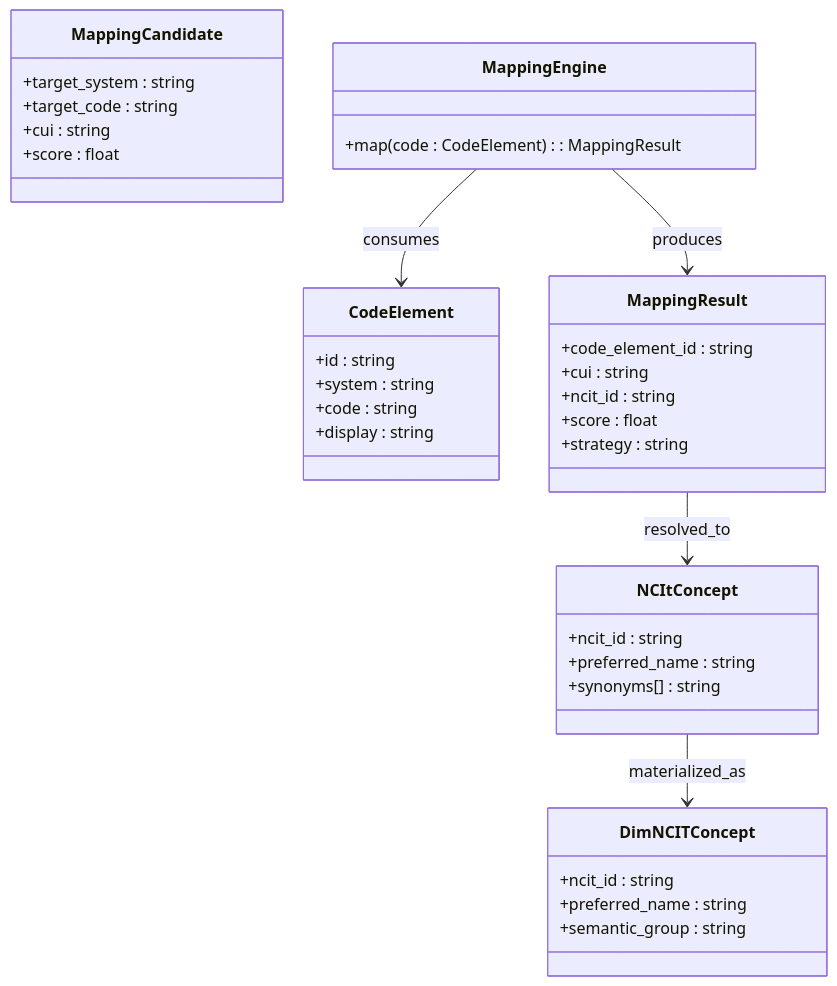
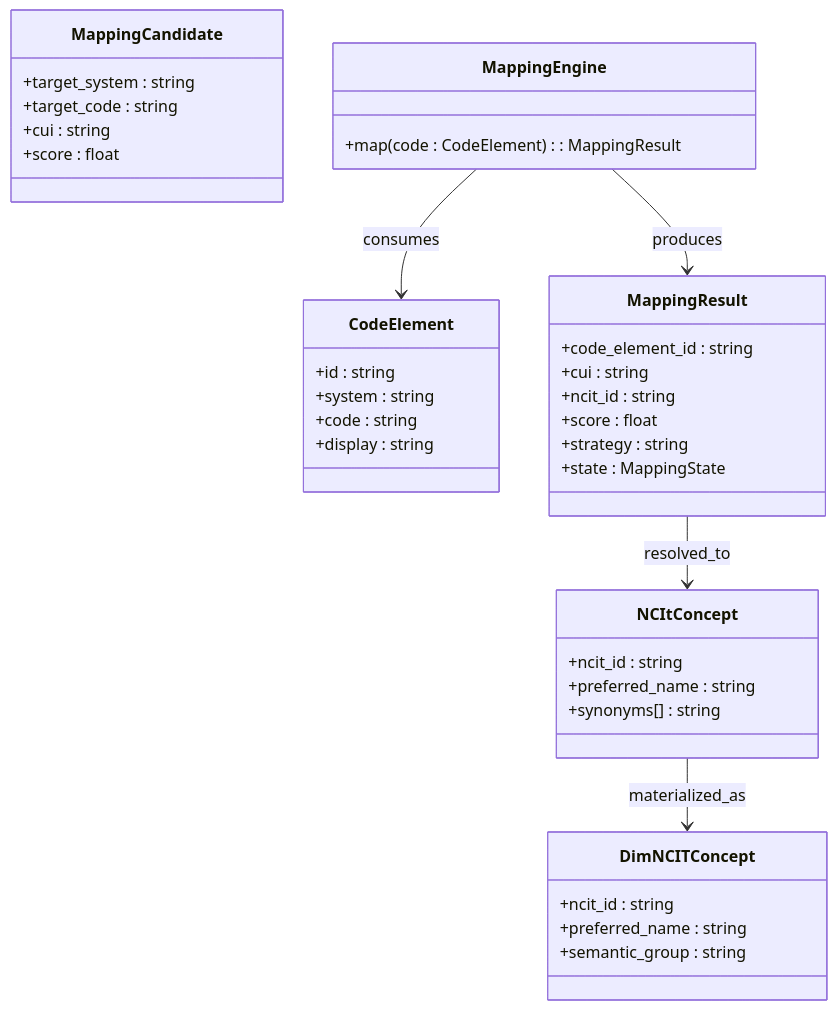
Before and after one commit to JonTDean/depth_forward_platonic_space-clinical_model: the diagram in docs/system-design/ncit/models/class-model.md, drawn with Mermaid. The commit also changed other lines of this file and 11 other files, not shown here.

````diff
--- a/docs/system-design/ncit/models/class-model.md
+++ b/docs/system-design/ncit/models/class-model.md
@@ -3,45 +3,46 @@
 ```mermaid
 classDiagram
   class CodeElement {
     +id : string
     +system : string
     +code : string
     +display : string
   }
 
   class MappingCandidate {
     +target_system : string
     +target_code : string
     +cui : string
     +score : float
   }
 
   class MappingResult {
     +code_element_id : string
     +cui : string
     +ncit_id : string
     +score : float
     +strategy : string
+    +state : MappingState
   }
 
   class MappingEngine {
     +map(code : CodeElement) : MappingResult
   }
 
   class NCItConcept {
     +ncit_id : string
     +preferred_name : string
     +synonyms[] : string
   }
 
   class DimNCITConcept {
     +ncit_id : string
     +preferred_name : string
     +semantic_group : string
   }
 
   MappingEngine --> CodeElement : consumes
   MappingEngine --> MappingResult : produces
   MappingResult --> NCItConcept : resolved_to
   NCItConcept --> DimNCITConcept : materialized_as
 ```
````
